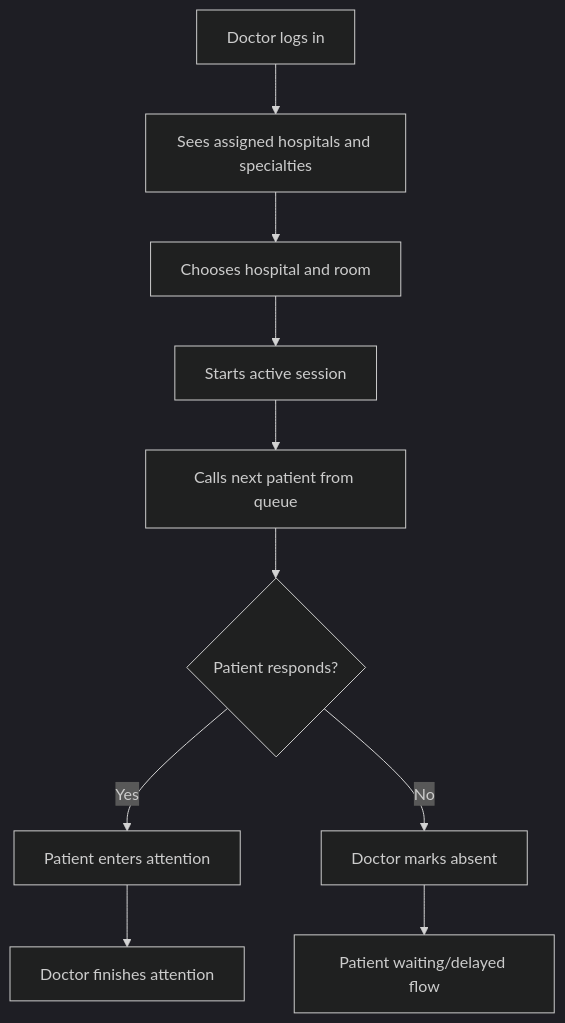
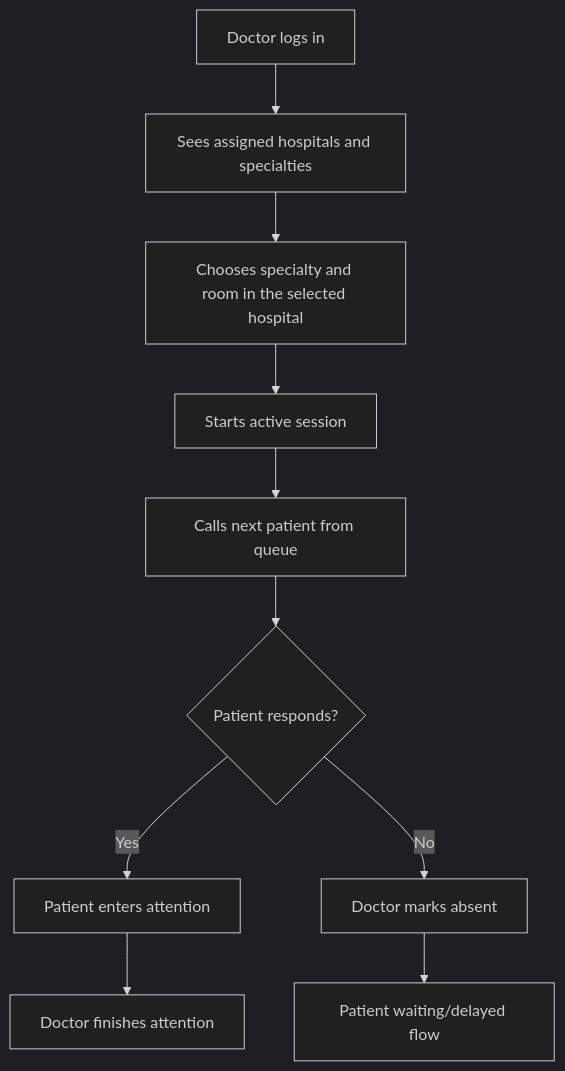
Before and after one commit to MatiasCanevaro/pretriage_backend: the diagram in docs/03-doctor-flow.md, drawn with Mermaid (dark theme). The commit also changed other lines of this file and 7 other files, not shown here.

````diff
--- a/docs/03-doctor-flow.md
+++ b/docs/03-doctor-flow.md
@@ -5,12 +5,12 @@
 ```mermaid
 flowchart TD
     A[Doctor logs in] --> B[Sees assigned hospitals and specialties]
-    B --> C[Chooses hospital and room]
+    B --> C[Chooses specialty and room in the selected hospital]
     C --> D[Starts active session]
     D --> E[Calls next patient from queue]
     E --> F{Patient responds?}
     F -->|Yes| G[Patient enters attention]
     F -->|No| H[Doctor marks absent]
     G --> I[Doctor finishes attention]
     H --> J[Patient waiting/delayed flow]
 ```
````
